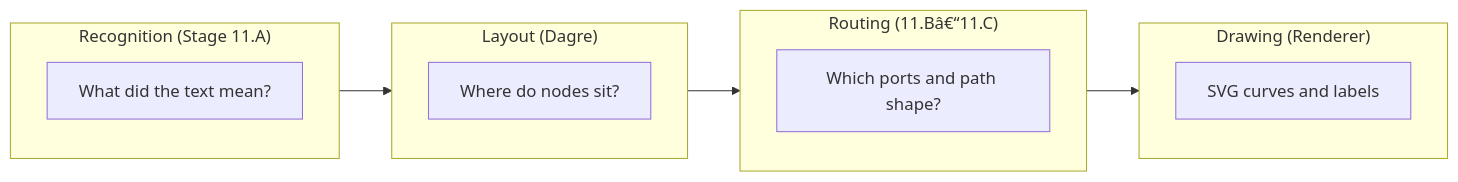
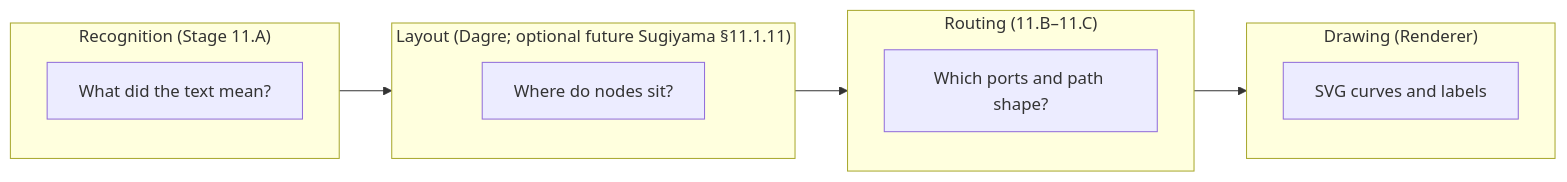
The tenth of 12 diagrams in spec.md (VaderConsulting/MarkdownToDocX), drawn with Mermaid before and after one commit. The commit also changed other lines of this file and 743 other files, not shown here.

First line of the commit message:
Add multi-kind recognition at L4, native flowchart render pilot, and truthfulness gates.

````diff
--- a/spec.md
+++ b/spec.md
@@ -1931,17 +2425,17 @@
 ```mermaid
 flowchart LR
   subgraph R["Recognition (Stage 11.A)"]
     R1["What did the text mean?"]
   end
-  subgraph L["Layout (Dagre)"]
+  subgraph L["Layout (Dagre; optional future Sugiyama §11.1.11)"]
     L1["Where do nodes sit?"]
   end
-  subgraph RT["Routing (11.Bâ€“11.C)"]
+  subgraph RT["Routing (11.B–11.C)"]
     RT1["Which ports and path shape?"]
   end
   subgraph D["Drawing (Renderer)"]
     D1["SVG curves and labels"]
   end
 
   R --> L --> RT --> D
 ```
````
